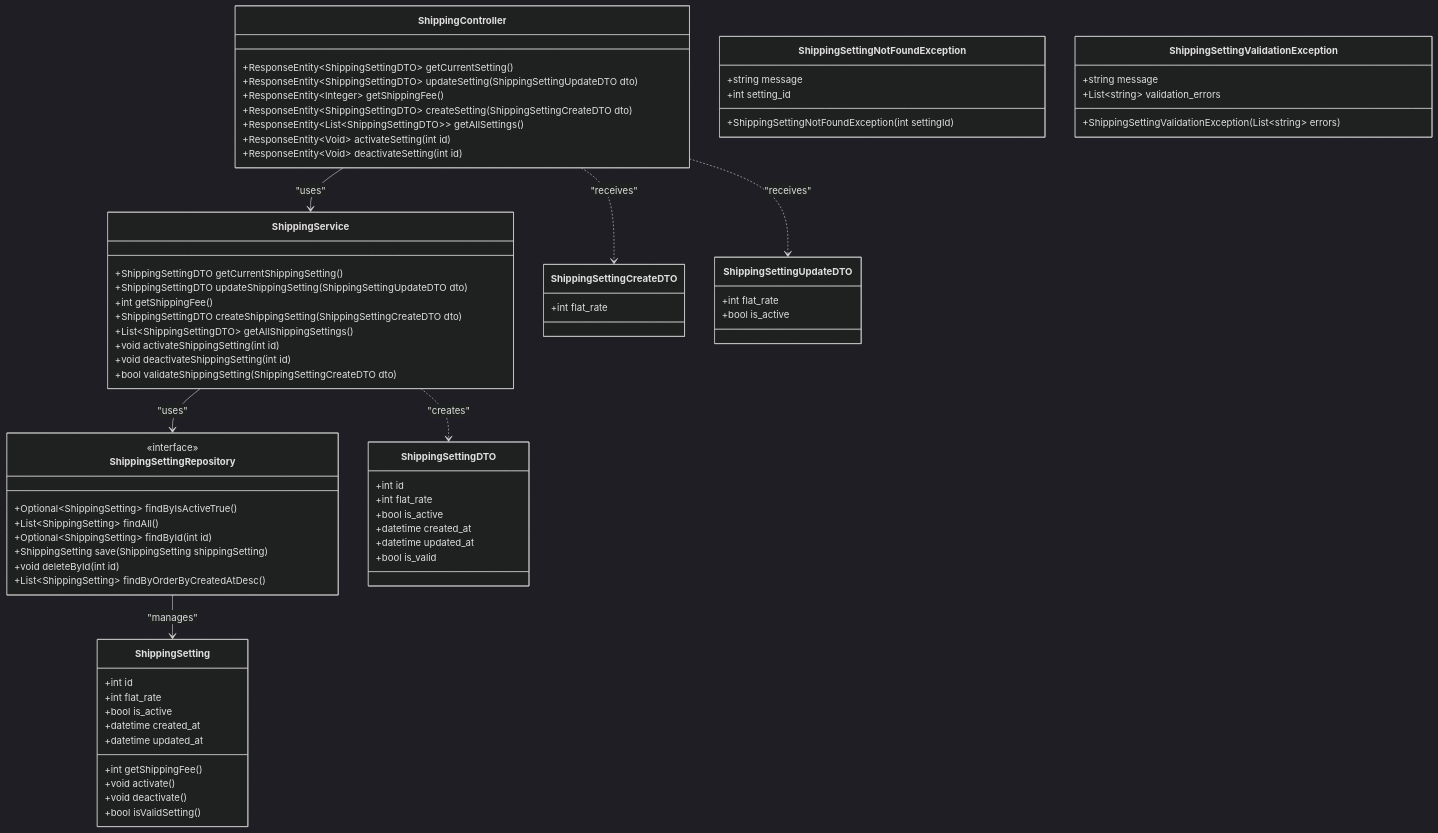
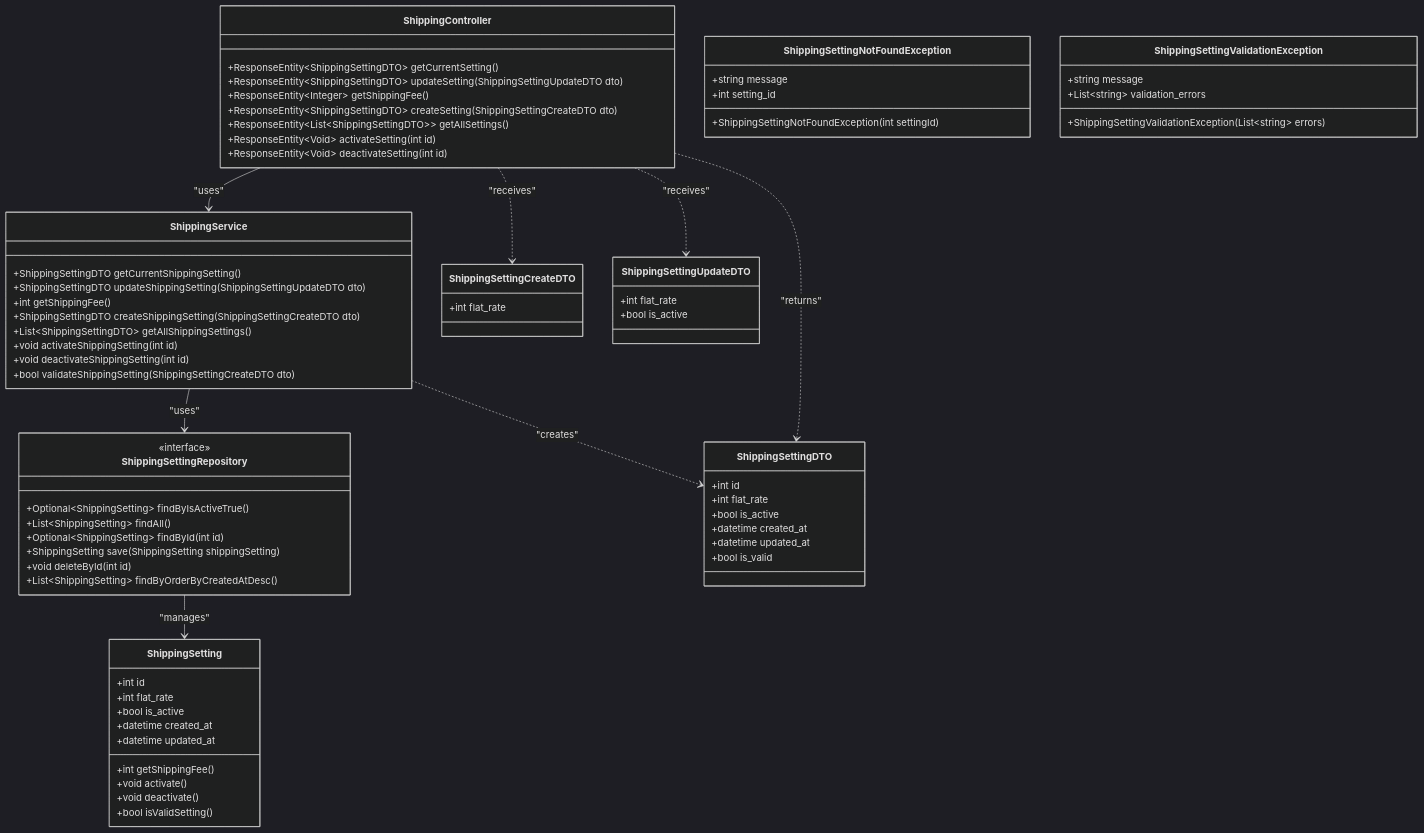
The fourth of 6 diagrams in 詳細設計/担当B_西嶋/クラス図_v2.md (Aoi-Yaegashi/teamF), drawn with Mermaid (dark theme) before and after one commit. The commit also changed other lines of this file, not shown here.

````diff
--- a/詳細設計/担当B_西嶋/クラス図_v2.md
+++ b/詳細設計/担当B_西嶋/クラス図_v2.md
@@ -578,4 +584,5 @@
     ShippingService ..> ShippingSettingDTO : "creates"
     ShippingController ..> ShippingSettingCreateDTO : "receives"
     ShippingController ..> ShippingSettingUpdateDTO : "receives"
+    ShippingController ..> ShippingSettingDTO : "returns"
 ```
````
